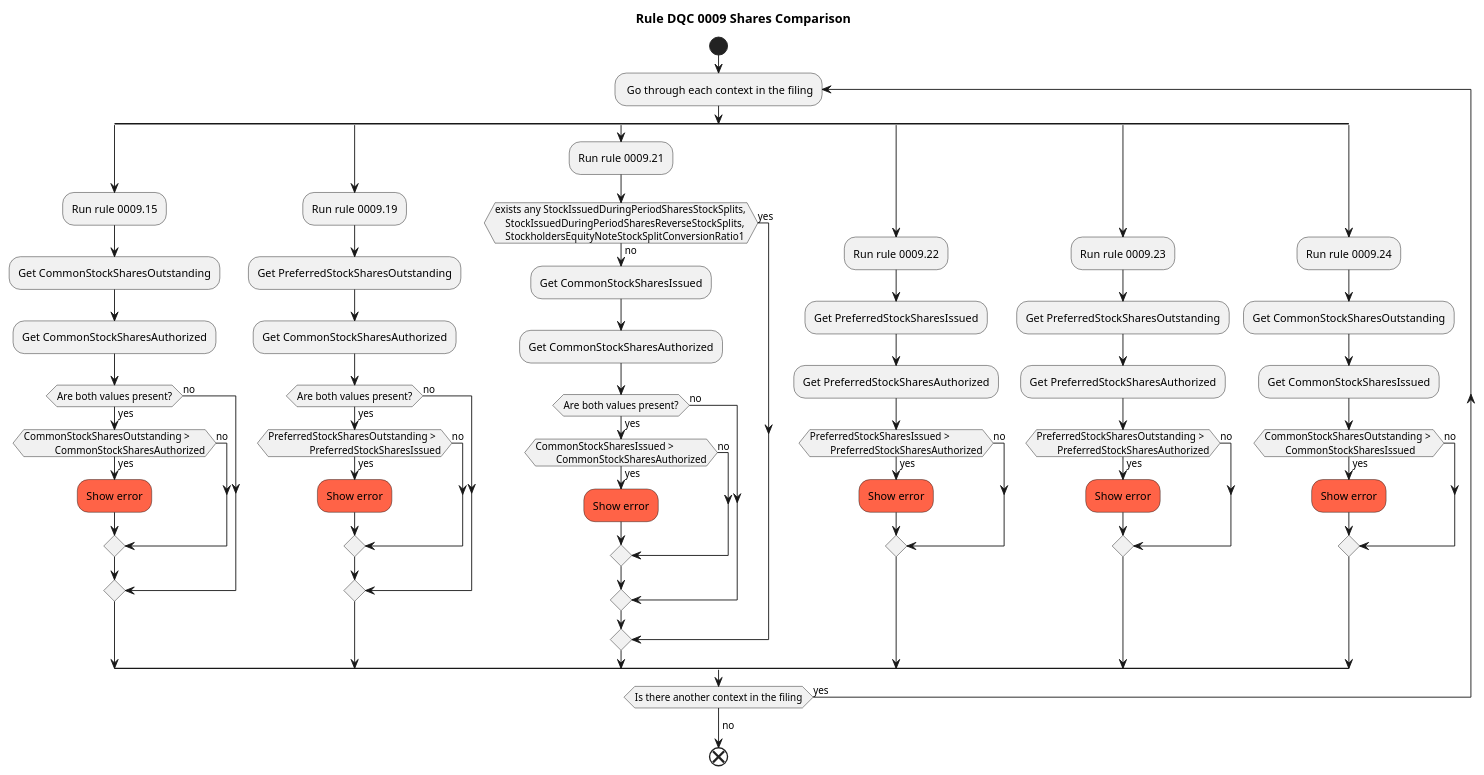
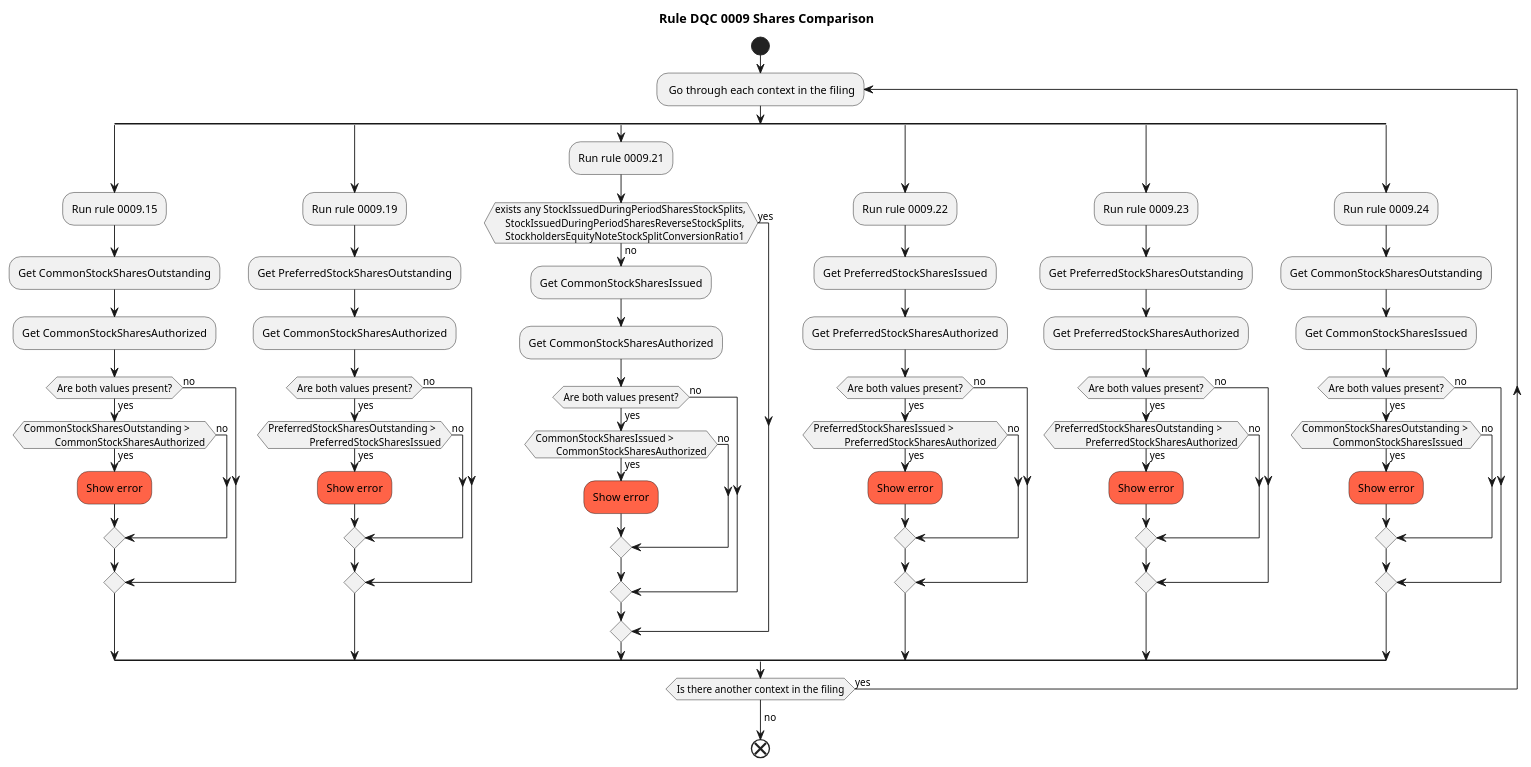
The diagram in guidance/rule-flowcharts/dqc_0009-Shares-flow.plantuml (DataQualityCommittee/dqc_us_rules), drawn with PlantUML before and after one commit. The commit also changed 1 other file, not shown here.

Commit message:
Updated flow charts

```diff
--- a/guidance/rule-flowcharts/dqc_0009-Shares-flow.plantuml
+++ b/guidance/rule-flowcharts/dqc_0009-Shares-flow.plantuml
@@ -1,88 +1,97 @@
 @startuml rule_0009_shares
 title "Rule DQC 0009 Shares Comparison"
 !pragma useVerticalIf on
 start
 
 repeat : Go through each context in the filing;
  
  split
    :Run rule 0009.15;
    :Get CommonStockSharesOutstanding;
    :Get CommonStockSharesAuthorized;
    if (Are both values present?) then (yes)
     if (CommonStockSharesOutstanding > 
             CommonStockSharesAuthorized) then (yes)
         #tomato:Show error;
     else (no)
         endif
    else (no)
     endif
 split again
    :Run rule 0009.19;
    :Get PreferredStockSharesOutstanding;
    :Get CommonStockSharesAuthorized;
    if (Are both values present?) then (yes)
         if (PreferredStockSharesOutstanding > 
                 PreferredStockSharesIssued) then (yes)
             #tomato:Show error;
         else (no)
         endif
     else (no)
     endif
 split again
    :Run rule 0009.21;
    if (exists any StockIssuedDuringPeriodSharesStockSplits,
     StockIssuedDuringPeriodSharesReverseStockSplits, 
     StockholdersEquityNoteStockSplitConversionRatio1) then (yes)
     else (no)
    :Get CommonStockSharesIssued;
    :Get CommonStockSharesAuthorized;
    if (Are both values present?) then (yes)
    if (CommonStockSharesIssued > 
         CommonStockSharesAuthorized) then (yes)
      #tomato:Show error;
    else (no)
     
     
     endif
     else (no)
     endif
     endif
 split again
    :Run rule 0009.22;
    :Get PreferredStockSharesIssued;
    :Get PreferredStockSharesAuthorized;
-   if (PreferredStockSharesIssued > 
-        PreferredStockSharesAuthorized) then (yes)
-     #tomato:Show error;
-   else (no)
-  endif
+    if (Are both values present?) then (yes)
+      if (PreferredStockSharesIssued > 
+            PreferredStockSharesAuthorized) then (yes)
+        #tomato:Show error;
+      else (no)
+      endif
+    else (no)
+      endif
     
 split again
    :Run rule 0009.23;
    :Get PreferredStockSharesOutstanding;
    :Get PreferredStockSharesAuthorized;
-   if (PreferredStockSharesOutstanding > 
-        PreferredStockSharesAuthorized) then (yes)
-     #tomato:Show error;
-   else (no)
-  endif
+   if (Are both values present?) then (yes)
+      if (PreferredStockSharesOutstanding > 
+            PreferredStockSharesAuthorized) then (yes)
+        #tomato:Show error;
+      else (no)
+        endif
+  else (no)
+      endif
 
   split again
    :Run rule 0009.24;
    :Get CommonStockSharesOutstanding;
    :Get CommonStockSharesIssued;
-   if (CommonStockSharesOutstanding > 
-        CommonStockSharesIssued) then (yes)
-     #tomato:Show error;
-   else (no)
-  endif
+   if (Are both values present?) then (yes)
+      if (CommonStockSharesOutstanding > 
+            CommonStockSharesIssued) then (yes)
+        #tomato:Show error;
+      else (no)
+      endif
+  else (no)
+      endif
     
 end split
 
     repeat while (Is there another context in the filing) is (yes)
     ->no;
     
 end
 
 @enduml
```
